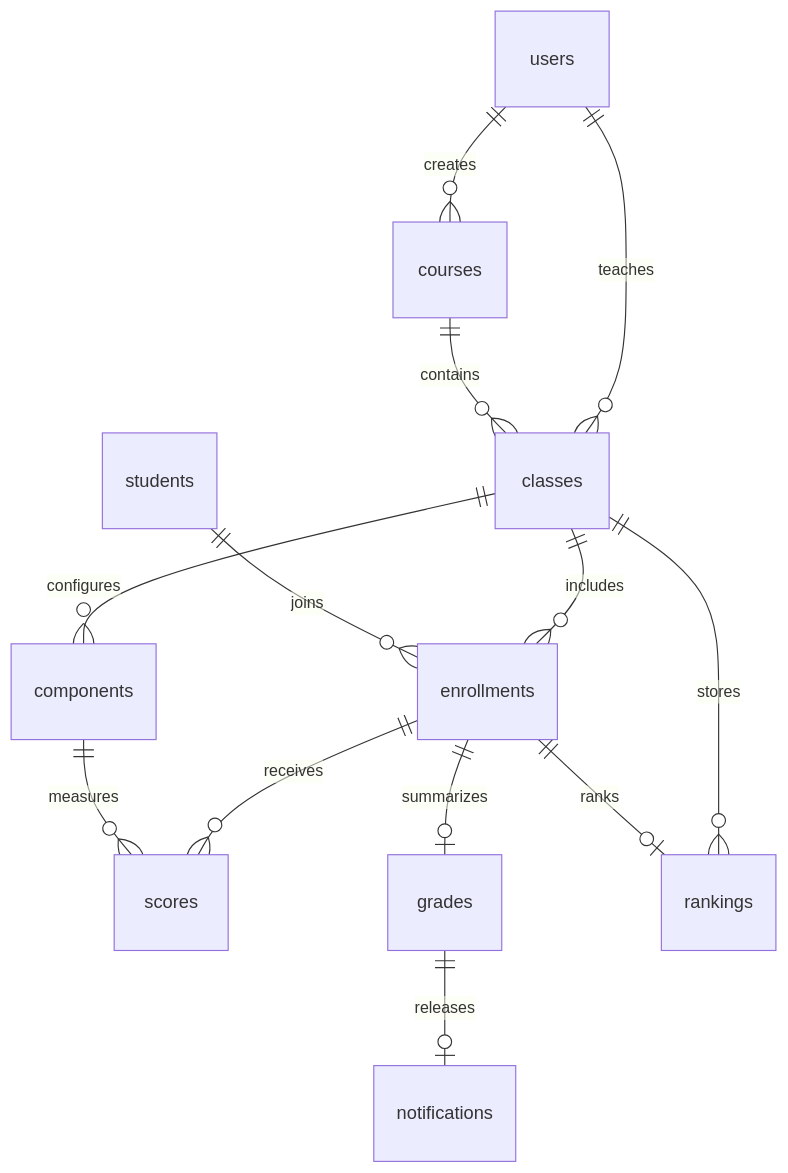
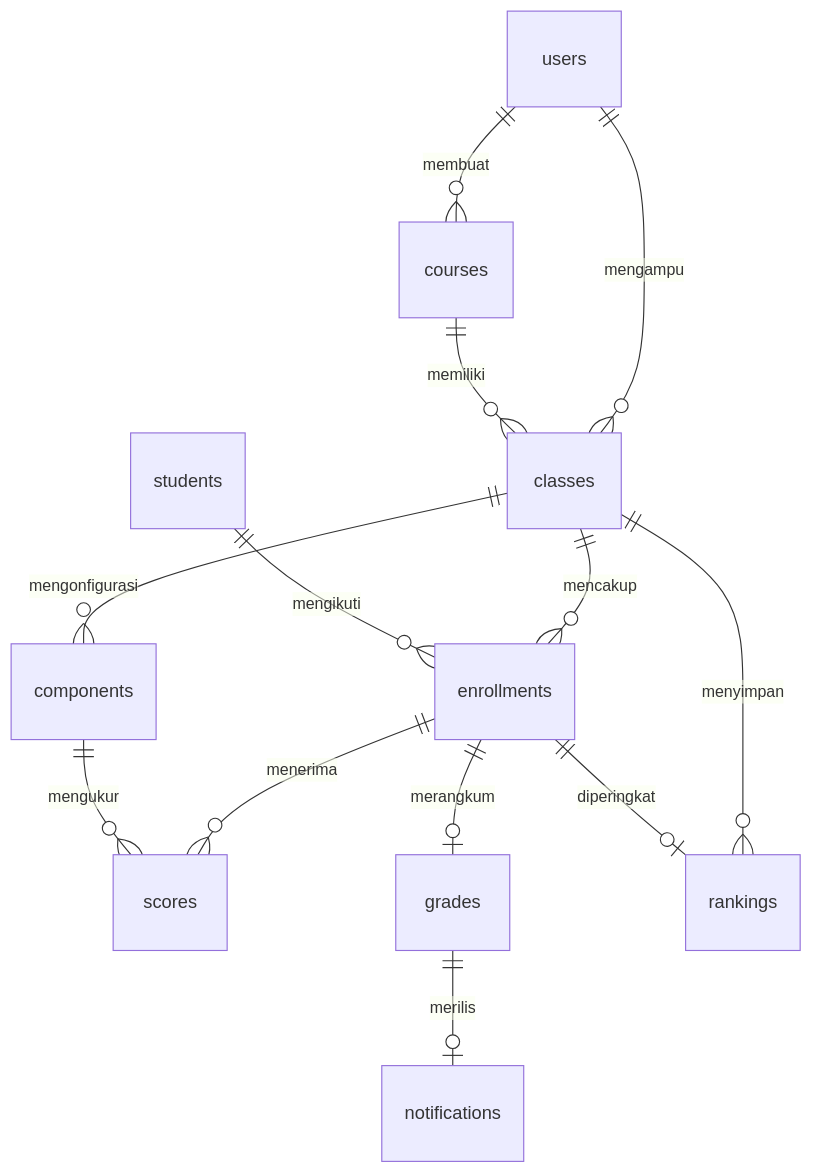
Before and after one commit to yuridimas/sistem-input-dan-rekap-nilai: the second of 2 diagrams in docs/architecture.md, drawn with Mermaid. The commit also changed other lines of this file and 10 other files, not shown here.

````diff
--- a/docs/architecture.md
+++ b/docs/architecture.md
@@ -38,15 +38,15 @@
 ```mermaid
 erDiagram
-    users ||--o{ courses : creates
-    users ||--o{ classes : teaches
-    courses ||--o{ classes : contains
-    classes ||--o{ enrollments : includes
-    students ||--o{ enrollments : joins
-    classes ||--o{ components : configures
-    enrollments ||--o{ scores : receives
-    components ||--o{ scores : measures
-    enrollments ||--o| grades : summarizes
-    classes ||--o{ rankings : stores
-    enrollments ||--o| rankings : ranks
-    grades ||--o| notifications : releases
+    users ||--o{ courses : membuat
+    users ||--o{ classes : mengampu
+    courses ||--o{ classes : memiliki
+    classes ||--o{ enrollments : mencakup
+    students ||--o{ enrollments : mengikuti
+    classes ||--o{ components : mengonfigurasi
+    enrollments ||--o{ scores : menerima
+    components ||--o{ scores : mengukur
+    enrollments ||--o| grades : merangkum
+    classes ||--o{ rankings : menyimpan
+    enrollments ||--o| rankings : diperingkat
+    grades ||--o| notifications : merilis
 ```
````
